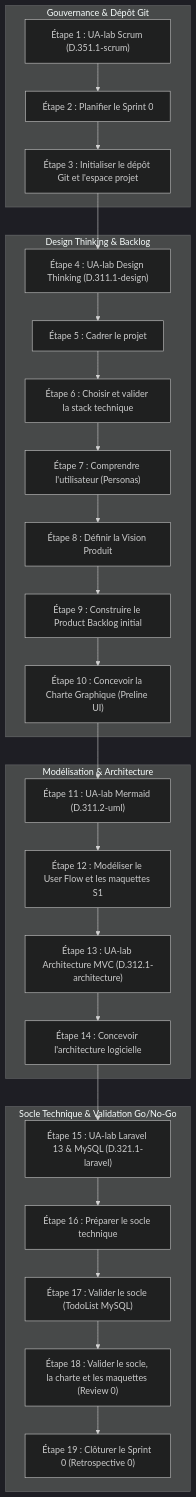
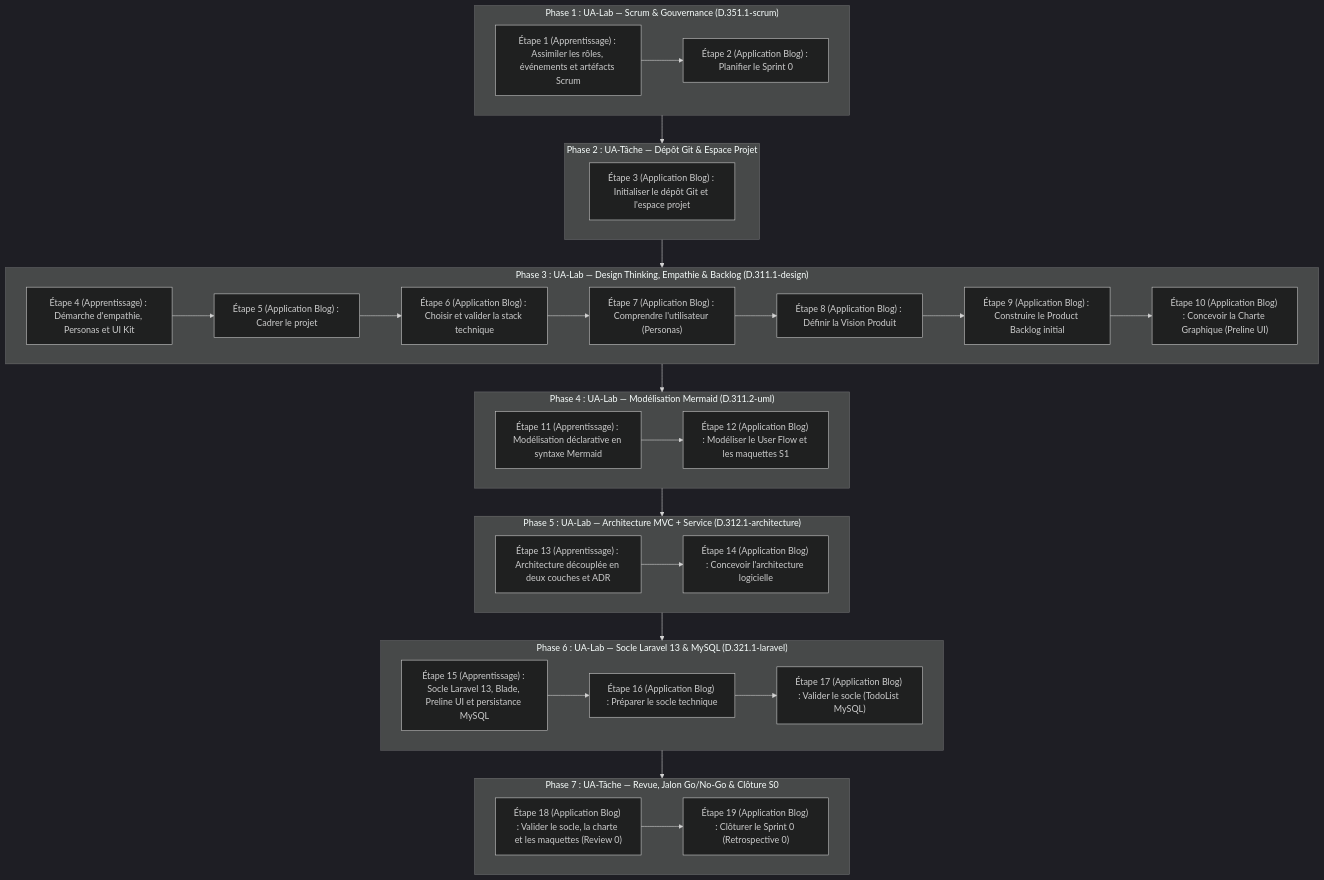
One commit to labs-web/projet-imiation-n3 changed the diagram in flux-travail/sessions/flux-travail-s0.md. Above: the diagram before and after it, drawn with Mermaid (dark theme). The commit also changed other lines of this file and 12 other files, not shown here.

````diff
--- a/flux-travail/sessions/flux-travail-s0.md
+++ b/flux-travail/sessions/flux-travail-s0.md
@@ -53,32 +48,50 @@
 ```mermaid
 flowchart TD
-    subgraph S01_Gouv ["Gouvernance & Dépôt Git"]
-        U1["Étape 1 : UA-lab Scrum (D.351.1-scrum)"] --> R1["Étape 2 : Planifier le Sprint 0"]
-        R1 --> R2["Étape 3 : Initialiser le dépôt Git et l'espace projet"]
+    subgraph P1 ["Phase 1 : UA-Lab — Scrum & Gouvernance (D.351.1-scrum)"]
+        E1["Étape 1 (Apprentissage) : Assimiler les rôles, événements et artéfacts Scrum"]
+        E2["Étape 2 (Application Blog) : Planifier le Sprint 0"]
+        E1 --> E2
     end
 
-    subgraph S02_Design ["Design Thinking & Backlog"]
-        R2 --> U2["Étape 4 : UA-lab Design Thinking (D.311.1-design)"]
-        U2 --> R3["Étape 5 : Cadrer le projet"]
-        R3 --> R4["Étape 6 : Choisir et valider la stack technique"]
-        R4 --> R5["Étape 7 : Comprendre l'utilisateur (Personas)"]
-        R5 --> R6["Étape 8 : Définir la Vision Produit"]
-        R6 --> R7["Étape 9 : Construire le Product Backlog initial"]
-        R7 --> R8["Étape 10 : Concevoir la Charte Graphique (Preline UI)"]
+    subgraph P2 ["Phase 2 : UA-Tâche — Dépôt Git & Espace Projet"]
+        E3["Étape 3 (Application Blog) : Initialiser le dépôt Git et l'espace projet"]
     end
 
-    subgraph S03_Proto ["Modélisation & Architecture"]
-        R8 --> U3["Étape 11 : UA-lab Mermaid (D.311.2-uml)"]
-        U3 --> R9["Étape 12 : Modéliser le User Flow et les maquettes S1"]
-        R9 --> U4["Étape 13 : UA-lab Architecture MVC (D.312.1-architecture)"]
-        U4 --> R10["Étape 14 : Concevoir l'architecture logicielle"]
+    subgraph P3 ["Phase 3 : UA-Lab — Design Thinking, Empathie & Backlog (D.311.1-design)"]
+        E4["Étape 4 (Apprentissage) : Démarche d'empathie, Personas et UI Kit"]
+        E5["Étape 5 (Application Blog) : Cadrer le projet"]
+        E6["Étape 6 (Application Blog) : Choisir et valider la stack technique"]
+        E7["Étape 7 (Application Blog) : Comprendre l'utilisateur (Personas)"]
+        E8["Étape 8 (Application Blog) : Définir la Vision Produit"]
+        E9["Étape 9 (Application Blog) : Construire le Product Backlog initial"]
+        E10["Étape 10 (Application Blog) : Concevoir la Charte Graphique (Preline UI)"]
+        E4 --> E5 --> E6 --> E7 --> E8 --> E9 --> E10
     end
 
-    subgraph S04_Socle ["Socle Technique & Validation Go/No-Go"]
-        R10 --> U5["Étape 15 : UA-lab Laravel 13 & MySQL (D.321.1-laravel)"]
-        U5 --> R11["Étape 16 : Préparer le socle technique"]
-        R11 --> R12["Étape 17 : Valider le socle (TodoList MySQL)"]
-        R12 --> R13["Étape 18 : Valider le socle, la charte et les maquettes (Review 0)"]
-        R13 --> R14["Étape 19 : Clôturer le Sprint 0 (Retrospective 0)"]
+    subgraph P4 ["Phase 4 : UA-Lab — Modélisation Mermaid (D.311.2-uml)"]
+        E11["Étape 11 (Apprentissage) : Modélisation déclarative en syntaxe Mermaid"]
+        E12["Étape 12 (Application Blog) : Modéliser le User Flow et les maquettes S1"]
+        E11 --> E12
     end
+
+    subgraph P5 ["Phase 5 : UA-Lab — Architecture MVC + Service (D.312.1-architecture)"]
+        E13["Étape 13 (Apprentissage) : Architecture découplée en deux couches et ADR"]
+        E14["Étape 14 (Application Blog) : Concevoir l'architecture logicielle"]
+        E13 --> E14
+    end
+
+    subgraph P6 ["Phase 6 : UA-Lab — Socle Laravel 13 & MySQL (D.321.1-laravel)"]
+        E15["Étape 15 (Apprentissage) : Socle Laravel 13, Blade, Preline UI et persistance MySQL"]
+        E16["Étape 16 (Application Blog) : Préparer le socle technique"]
+        E17["Étape 17 (Application Blog) : Valider le socle (TodoList MySQL)"]
+        E15 --> E16 --> E17
+    end
+
+    subgraph P7 ["Phase 7 : UA-Tâche — Revue, Jalon Go/No-Go & Clôture S0"]
+        E18["Étape 18 (Application Blog) : Valider le socle, la charte et les maquettes (Review 0)"]
+        E19["Étape 19 (Application Blog) : Clôturer le Sprint 0 (Retrospective 0)"]
+        E18 --> E19
+    end
+
+    P1 --> P2 --> P3 --> P4 --> P5 --> P6 --> P7
 ```
````
